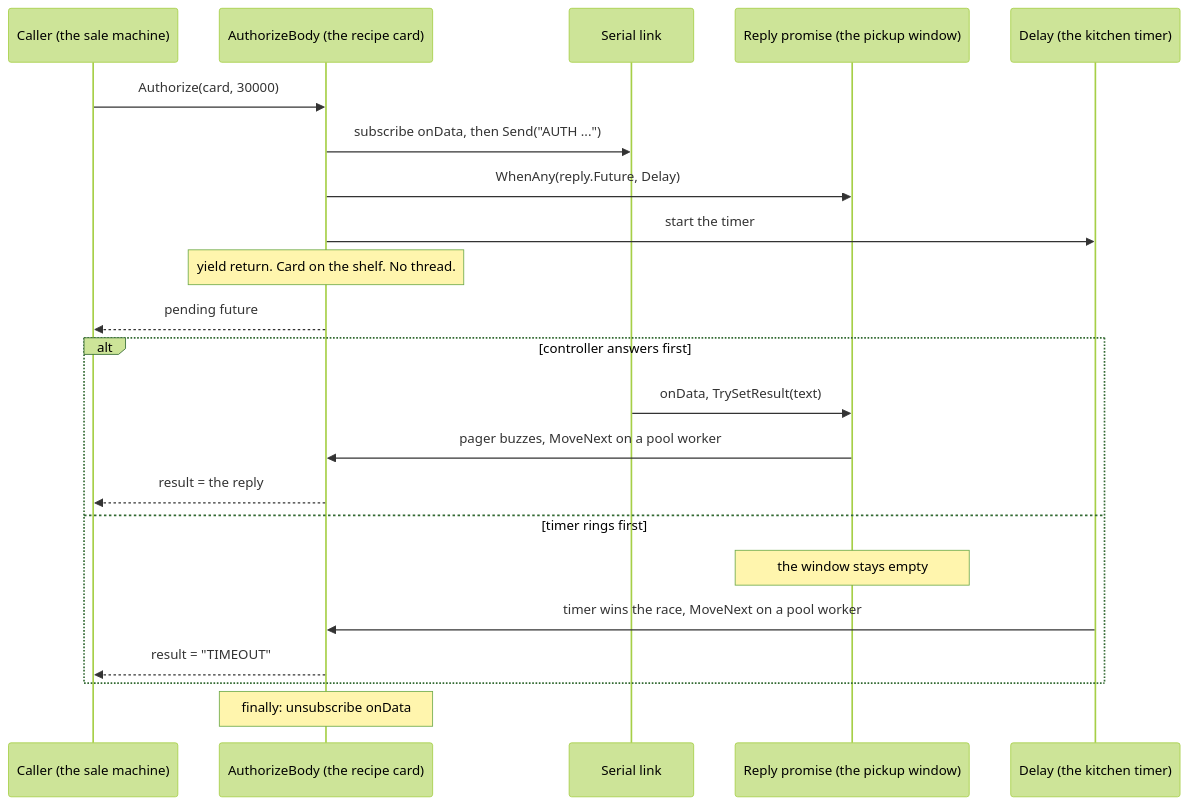
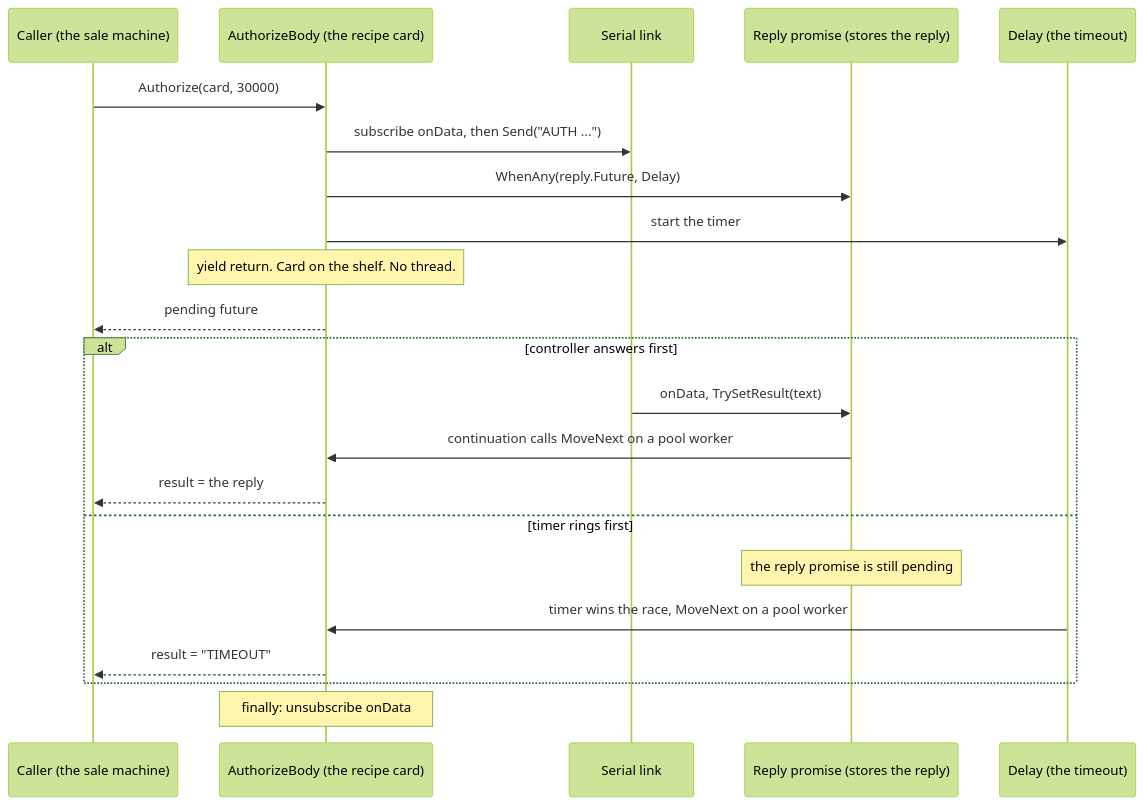
One commit to mmpworks/MMP.AsyncProxy changed the first of 2 diagrams in docs/course/07-the-iterator-trick.md. Above: the diagram before and after it, drawn with Mermaid (forest theme). The commit also changed other lines of this file and 15 other files, not shown here.

````diff
--- a/docs/course/07-the-iterator-trick.md
+++ b/docs/course/07-the-iterator-trick.md
@@ -238,24 +308,24 @@
 ```mermaid
 sequenceDiagram
     participant C as Caller (the sale machine)
     participant M as AuthorizeBody (the recipe card)
     participant L as Serial link
-    participant R as Reply promise (the pickup window)
-    participant T as Delay (the kitchen timer)
+    participant R as Reply promise (stores the reply)
+    participant T as Delay (the timeout)
     C->>M: Authorize(card, 30000)
     M->>L: subscribe onData, then Send("AUTH ...")
     M->>R: WhenAny(reply.Future, Delay)
     M->>T: start the timer
     Note over M: yield return. Card on the shelf. No thread.
     M-->>C: pending future
     alt controller answers first
         L->>R: onData, TrySetResult(text)
-        R->>M: pager buzzes, MoveNext on a pool worker
+        R->>M: continuation calls MoveNext on a pool worker
         M-->>C: result = the reply
     else timer rings first
-        Note over R: the window stays empty
+        Note over R: the reply promise is still pending
         T->>M: timer wins the race, MoveNext on a pool worker
         M-->>C: result = "TIMEOUT"
     end
     Note over M: finally: unsubscribe onData
 ```
````
